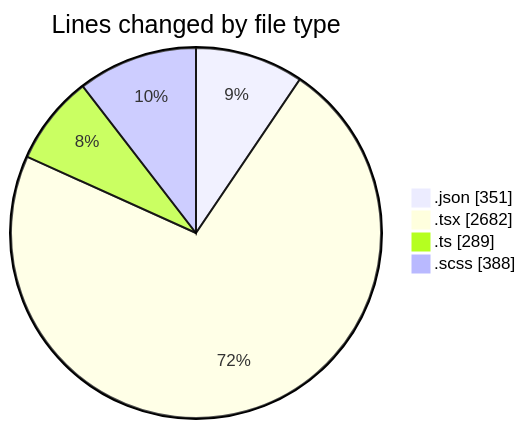
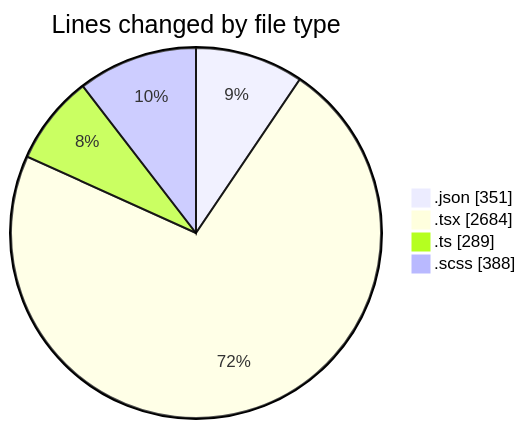
Before and after one commit to momahboobian/code-tracking: the first of 2 diagrams in 2026-04-22/cda/README.md, drawn with Mermaid. The commit also changed other lines of this file and 1 other file, not shown here.

````diff
--- a/2026-04-22/cda/README.md
+++ b/2026-04-22/cda/README.md
@@ -46,8 +46,8 @@
 ```mermaid
 pie showData
 title Lines changed by file type
 ".json" : 351
-".tsx" : 2682
+".tsx" : 2684
 ".ts" : 289
 ".scss" : 388
 ```
````
